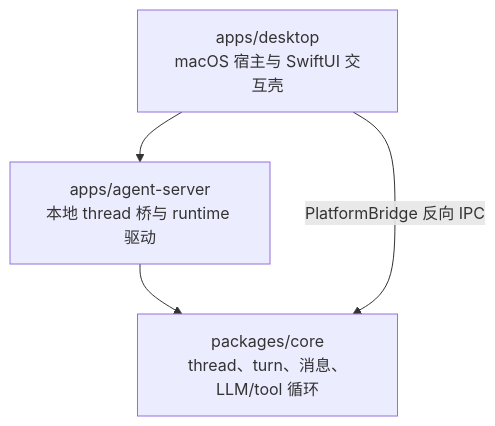
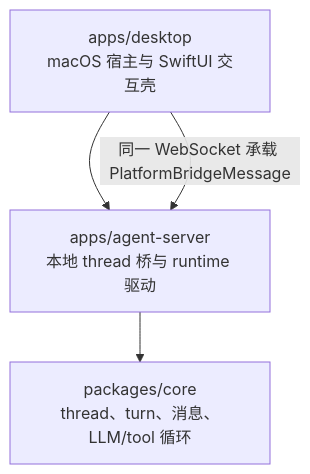
One commit to Lixuhang987/SpotAgent changed the first of 2 diagrams in handAgent.md. Above: the diagram before and after it, drawn with Mermaid. The commit also changed other lines of this file and 22 other files, not shown here.

````diff
--- a/handAgent.md
+++ b/handAgent.md
@@ -22,6 +22,6 @@
 ```mermaid
 flowchart TD
   A[apps/desktop<br/>macOS 宿主与 SwiftUI 交互壳] --> B[apps/agent-server<br/>本地 thread 桥与 runtime 驱动]
   B --> C[packages/core<br/>thread、turn、消息、LLM/tool 循环]
-  A -->|PlatformBridge 反向 IPC| C
+  A -->|同一 WebSocket 承载 PlatformBridgeMessage| B
 ```
````
